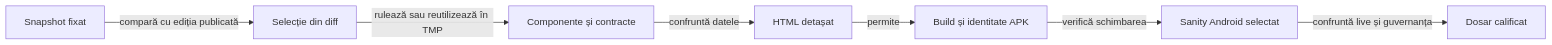
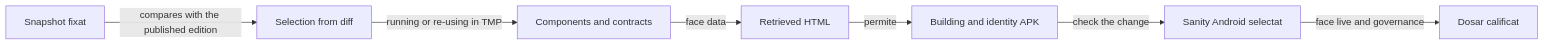
One commit to crististefanita/atf_j4 changed the first of 2 diagrams in docs/testing/ATF_ReleaseQualification.md. Above: the diagram before and after it, drawn with Mermaid. The commit also changed other lines of this file and 122 other files, not shown here.

````diff
--- a/docs/testing/ATF_ReleaseQualification.md
+++ b/docs/testing/ATF_ReleaseQualification.md
@@ -11,9 +11,9 @@
 ```mermaid
 flowchart LR
-    SOURCE[Snapshot fixat] -->|compară cu ediția publicată| DIFF[Selecție din diff]
-    DIFF -->|rulează sau reutilizează în TMP| JVM[Componente și contracte]
-    JVM -->|confruntă datele| HTML[HTML detașat]
-    HTML -->|permite| APK[Build și identitate APK]
-    APK -->|verifică schimbarea| NATIVE[Sanity Android selectat]
-    NATIVE -->|confruntă live și guvernanța| HANDOFF[Dosar calificat]
+    SOURCE[Snapshot fixat] -->|compares with the published edition| DIFF[Selection from diff]
+    DIFF -->|running or re-using in TMP| JVM[Components and contracts]
+    JVM -->|face data| HTML[Retrieved HTML]
+    HTML -->|permite| APK[Building and identity APK]
+    APK -->|check the change| NATIVE[Sanity Android selectat]
+    NATIVE -->|face live and governance| HANDOFF[Dosar calificat]
 ```
````
